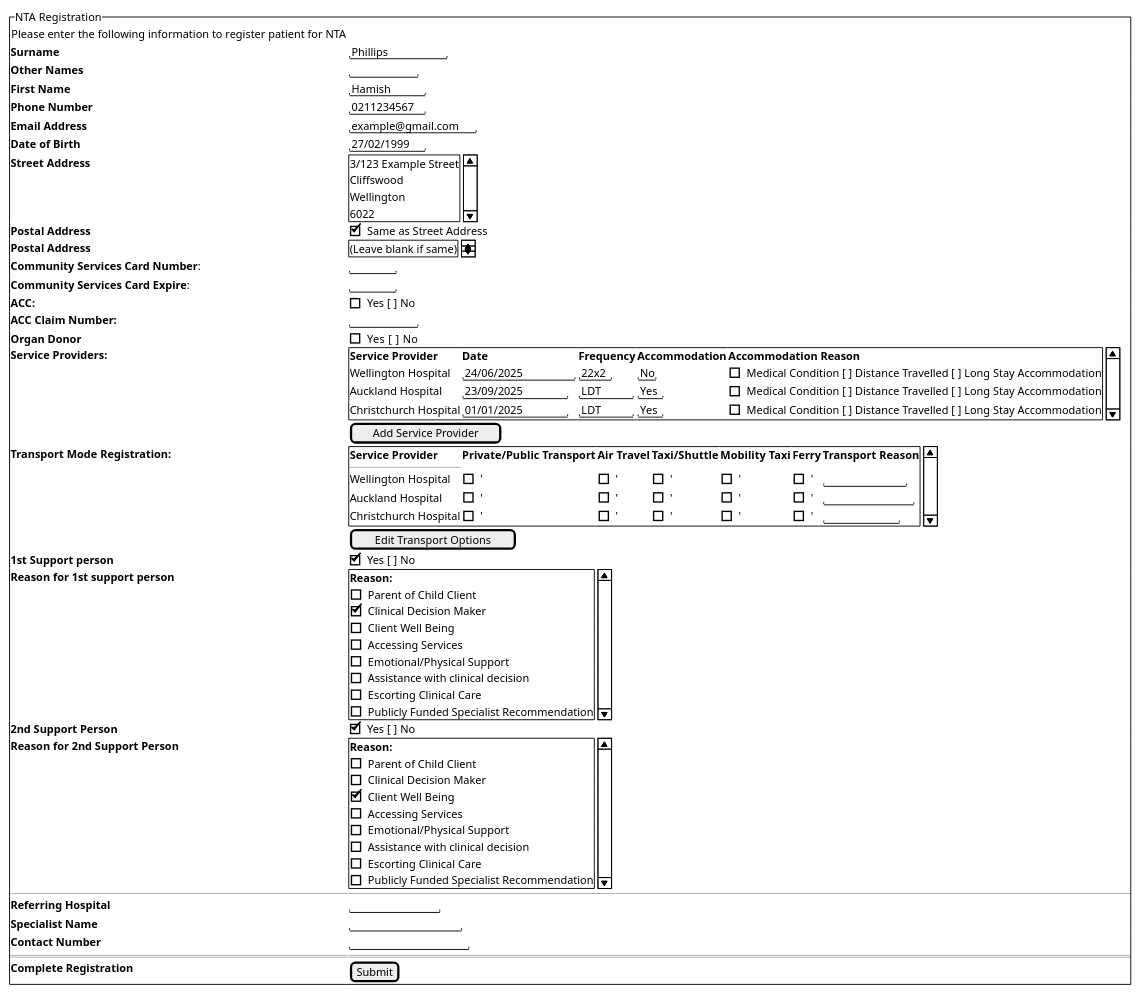
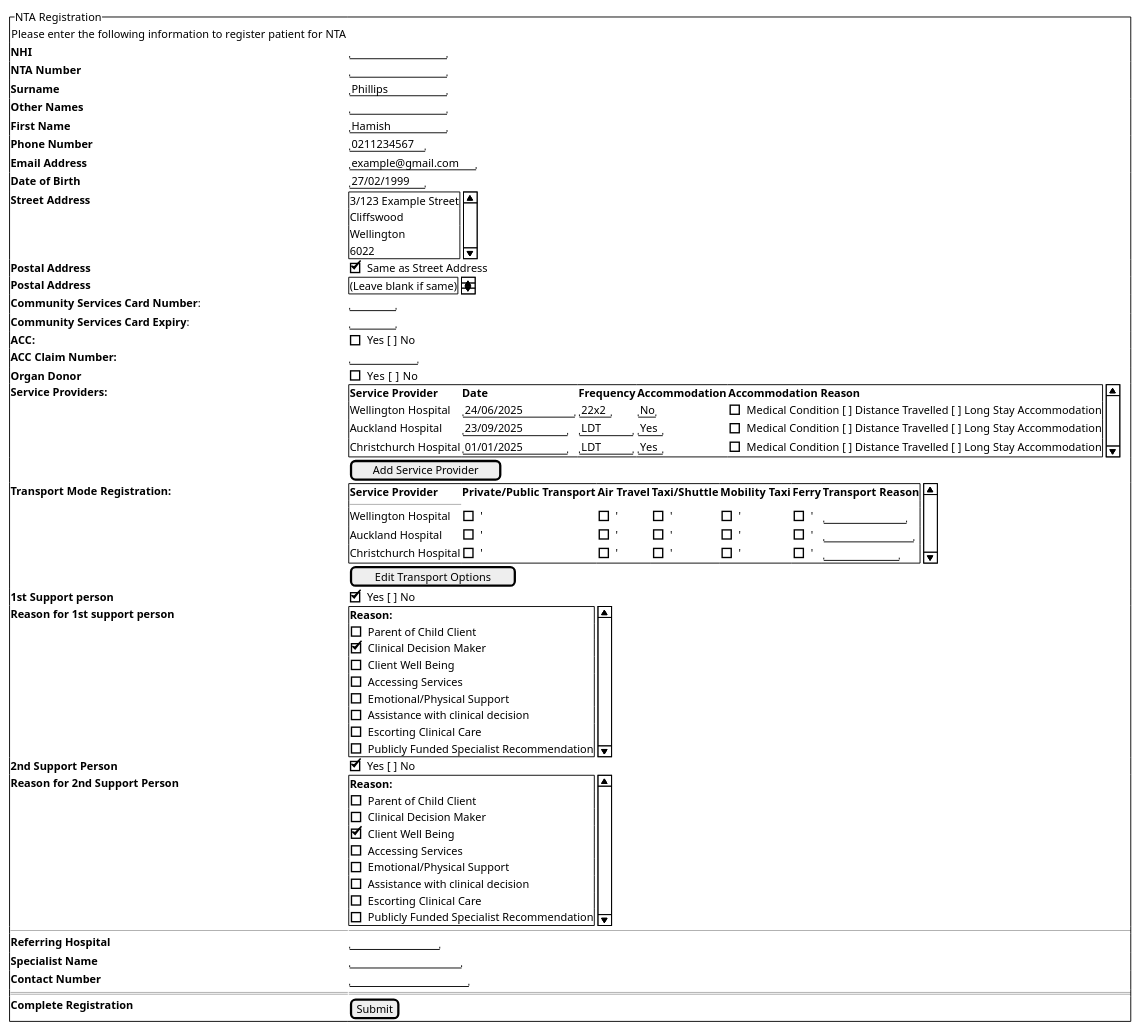
One commit to hamtana/TravelTracker changed the diagram in Planning/PatientRegistrationInterface.puml. Above: the diagram before and after it, drawn with PlantUML. The commit also changed 3 other files, not shown here.

Commit message:
altered diagrams

```diff
--- a/Planning/PatientRegistrationInterface.puml
+++ b/Planning/PatientRegistrationInterface.puml
@@ -1,88 +1,90 @@
 @startsalt LofiNTARegistration
 
 {^"NTA Registration" 
     {Please enter the following information to register patient for NTA}
+    **NHI** | "             "
+    **NTA Number** | "             "
     **Surname** | "Phillips     "
-    **Other Names** | "         "
-    **First Name** | "Hamish    "
+    **Other Names** | "             "
+    **First Name** | "Hamish       "
     **Phone Number** | "0211234567"
     **Email Address** | "example@gmail.com"
     
     **Date of Birth** | "27/02/1999"
 
     **Street Address** | {SI
     3/123 Example Street
     Cliffswood
     Wellington
     6022
     }
 
     **Postal Address** | [X] Same as Street Address
     **Postal Address** | {SI
     (Leave blank if same)
     }
 
     **Community Services Card Number**: | "      "
 
-    **Community Services Card Expire**: | "      "
+    **Community Services Card Expiry**: | "      "
 
     **ACC:** | [] Yes [ ] No
     **ACC Claim Number:** | "         "
 
     **Organ Donor** | [] Yes  [ ] No
 
 
     **Service Providers: ** | {SI
     **Service Provider** | **Date** | **Frequency** | **Accommodation** | **Accommodation Reason**
     Wellington Hospital | "24/06/2025     " | "22x2" | "No" | [] Medical Condition [ ] Distance Travelled [ ] Long Stay Accommodation
     Auckland Hospital | "23/09/2025    " | "LDT    " | "Yes" | [] Medical Condition [ ] Distance Travelled [ ] Long Stay Accommodation
     Christchurch Hospital | "01/01/2025    " | "LDT    " | "Yes" | [] Medical Condition [ ] Distance Travelled [ ] Long Stay Accommodation
 
     }
     . | [Add Service Provider]
 
     **Transport Mode Registration:** | {SI
     **Service Provider** | **Private/Public Transport** | **Air Travel** | **Taxi/Shuttle** | **Mobility Taxi** | **Ferry** | **Transport Reason**
     ---
     Wellington Hospital | [] ' | [ ] ' | [ ] ' | [ ] '| [ ] ' | "           "
     Auckland Hospital | [ ] '| [ ] ' | [ ] '| [ ] '| [ ] ' | "            "
     Christchurch Hospital | [ ] '| [ ] '| [ ] '| [ ] '| [ ]' | "          "
     }
     . | [Edit Transport Options]
 
 
     **1st Support person** | [X] Yes [ ] No
     **Reason for 1st support person** | {SI
         **Reason:**
         [] Parent of Child Client 
         [X] Clinical Decision Maker
         [] Client Well Being
         [] Accessing Services
         [] Emotional/Physical Support
         [] Assistance with clinical decision
         [] Escorting Clinical Care
         [] Publicly Funded Specialist Recommendation
     }
 
     **2nd Support Person** | [X] Yes [ ] No
     **Reason for 2nd Support Person** | {SI
         **Reason:**
         [] Parent of Child Client 
         [] Clinical Decision Maker
         [X] Client Well Being
         [] Accessing Services
         [] Emotional/Physical Support
         [] Assistance with clinical decision
         [] Escorting Clinical Care
         [] Publicly Funded Specialist Recommendation
     }
 
     ----|----
     **Referring Hospital** | "            "
     **Specialist Name** | "               "
     **Contact Number** | "                "
 
     ====|====
     **Complete Registration** | [Submit]
 }
 @endsalt
```
